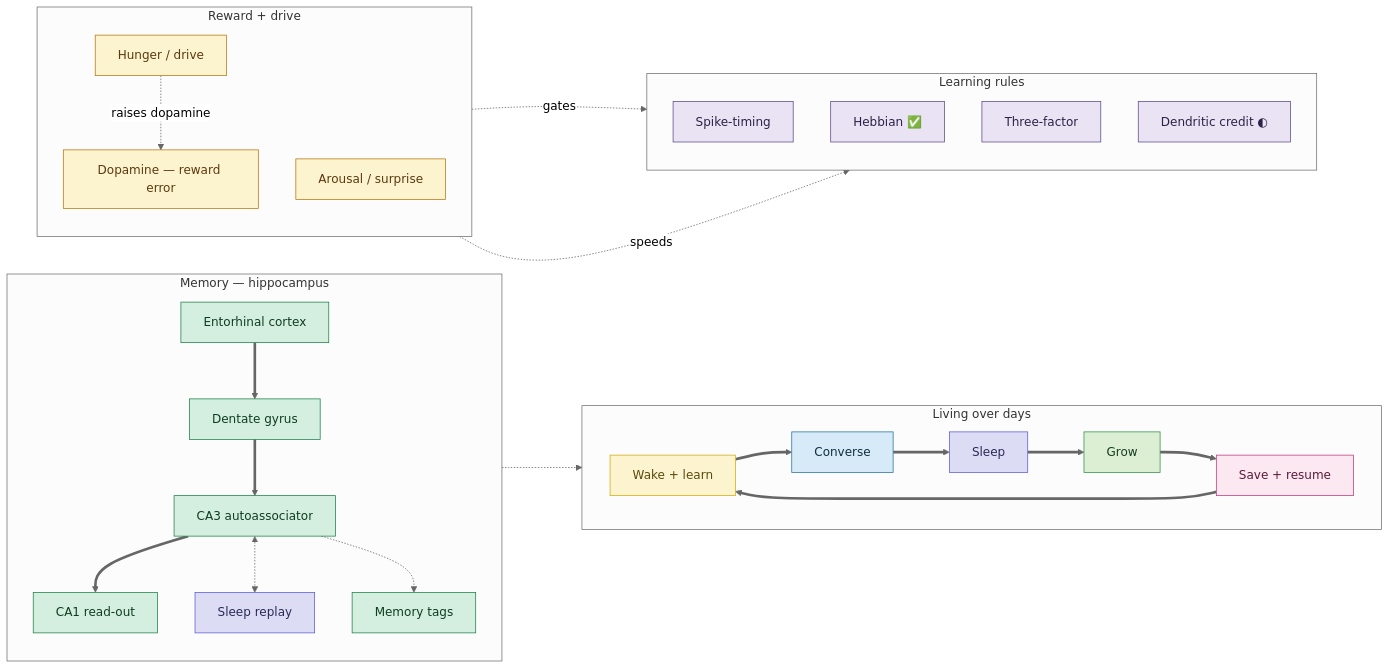
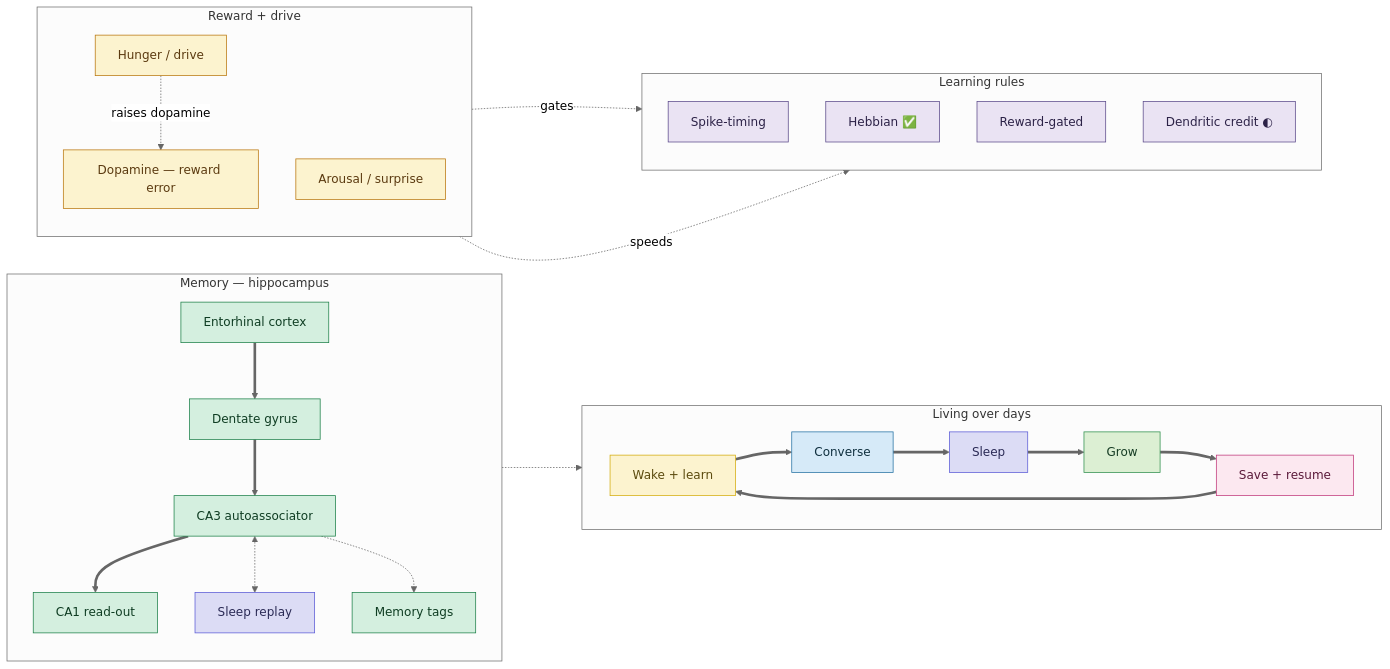
Before and after one commit to danthi123/neural-simulator: the fifth of 5 diagrams in docs/diagrams/brain_architecture_detailed.md, drawn with Mermaid (neutral theme). The commit also changed other lines of this file and 14 other files, not shown here.

````diff
--- a/docs/diagrams/brain_architecture_detailed.md
+++ b/docs/diagrams/brain_architecture_detailed.md
@@ -341,54 +342,54 @@
 ```mermaid
 flowchart LR
     subgraph MEMORY["Memory — hippocampus"]
       direction TB
       EC["Entorhinal cortex"]:::mem
       DG["Dentate gyrus"]:::mem
       CA3["CA3 autoassociator"]:::mem
       CA1["CA1 read-out"]:::mem
       REPLAY["Sleep replay"]:::sleep
       TAG["Memory tags"]:::mem
       EC ==> DG ==> CA3 ==> CA1
       CA3 <-.-> REPLAY
       CA3 -.-> TAG
     end
 
     subgraph MOTIV["Reward + drive"]
       direction TB
       DA["Dopamine — reward error"]:::reward
       DRIVE["Hunger / drive"]:::reward
       NE["Arousal / surprise"]:::reward
       DRIVE -.->|raises dopamine| DA
     end
 
     subgraph LEARNRULES["Learning rules"]
       direction TB
       STDP["Spike-timing"]:::learn
       HEBB["Hebbian ✅"]:::learn
-      THREE["Three-factor"]:::learn
+      THREE["Reward-gated"]:::learn
       DEND["Dendritic credit ◐"]:::learn
     end
 
     subgraph LIFE["Living over days"]
       direction LR
       WAKE["Wake + learn"]:::wake
       CONV["Converse"]:::conv
       SLEEP2["Sleep"]:::sleep
       GROW["Grow"]:::grow
       SAVE["Save + resume"]:::persist
       WAKE ==> CONV ==> SLEEP2 ==> GROW ==> SAVE ==> WAKE
     end
 
     DA -.->|gates| THREE
     NE -.->|speeds| STDP
     REPLAY -.-> SLEEP2
 
     classDef mem fill:#d4efdf,stroke:#1d8049,color:#0f3d23;
     classDef sleep fill:#dcdcf5,stroke:#5b5bd6,color:#2a2a55;
     classDef reward fill:#fcf3cf,stroke:#b9770e,color:#5b3a10;
     classDef learn fill:#eae3f3,stroke:#5b4a8a,color:#2c2247;
     classDef wake fill:#fcf3cf,stroke:#d4ac0d,color:#5b4a0e;
     classDef conv fill:#d6eaf8,stroke:#2471a3,color:#10303f;
     classDef grow fill:#dcefd3,stroke:#2f8f4e,color:#173d25;
     classDef persist fill:#fce8f0,stroke:#c0397b,color:#5b1a3a;
 ```
````
